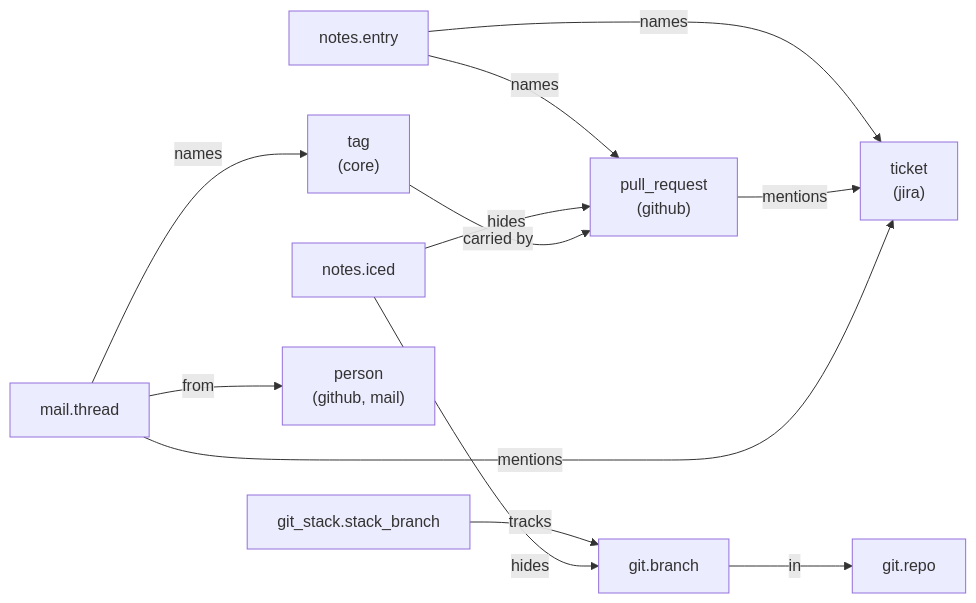
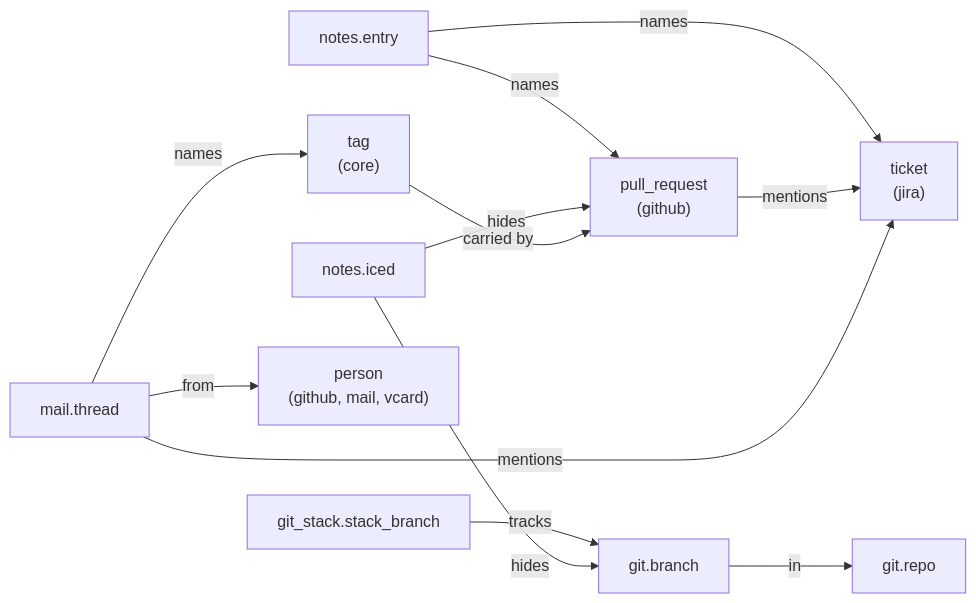
Before and after one commit to benekastah/move-forward: the first of 4 diagrams in docs/graph.md, drawn with Mermaid. The commit also changed 17 other files, not shown here.

````diff
--- a/docs/graph.md
+++ b/docs/graph.md
@@ -39,14 +39,14 @@
 ```mermaid
 flowchart LR
     entry["notes.entry"] -->|names| pr["pull_request<br/>(github)"]
     entry -->|names| ticket["ticket<br/>(jira)"]
     pr -->|mentions| ticket
     branch["git.branch"] -->|in| repo["git.repo"]
     stack_branch["git_stack.stack_branch"] -->|tracks| branch
     ice["notes.iced"] -->|hides| branch
     ice -->|hides| pr
-    thread["mail.thread"] -->|from| person["person<br/>(github, mail)"]
+    thread["mail.thread"] -->|from| person["person<br/>(github, mail, vcard)"]
     thread -->|mentions| ticket
     tag["tag<br/>(core)"] -->|carried by| pr
     thread -->|names| tag
 ```
````
